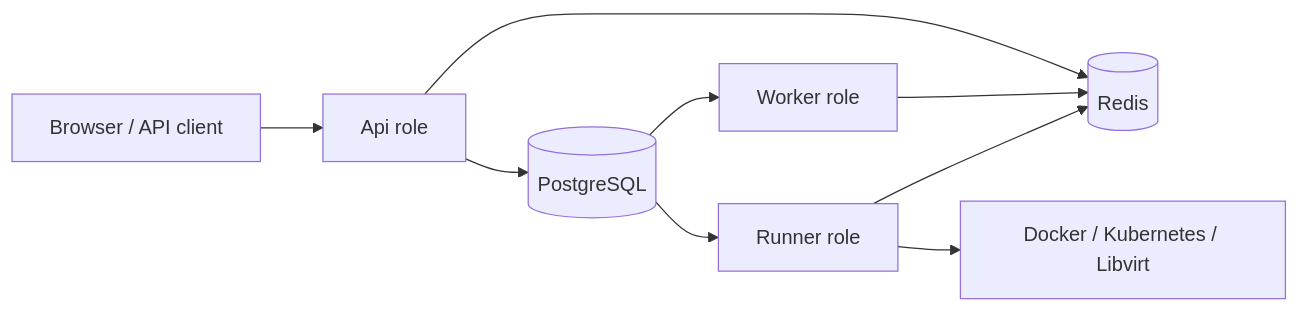
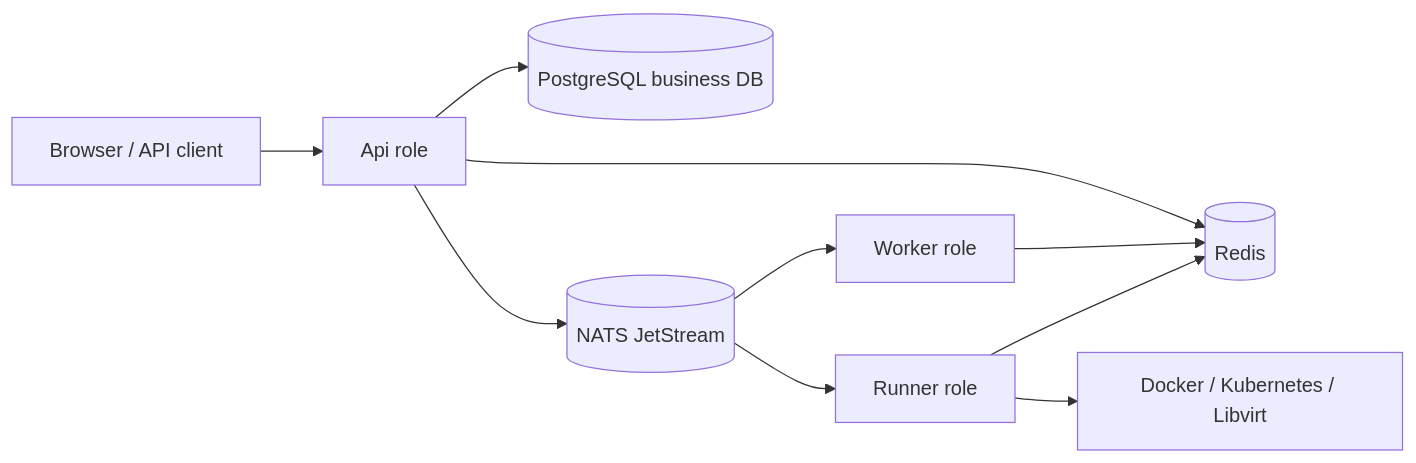
One commit to D1no209/NoCTF changed the diagram in README.md. Above: the diagram before and after it, drawn with Mermaid. The commit also changed other lines of this file and 28 other files, not shown here.

Commit message:
migrate Wolverine durable messaging to NATS JetStream

````diff
--- a/README.md
+++ b/README.md
@@ -24,11 +24,12 @@
 ```mermaid
 flowchart LR
     Browser["Browser / API client"] --> API["Api role"]
-    API --> PostgreSQL[("PostgreSQL")]
+    API --> PostgreSQL[("PostgreSQL business DB")]
+    API --> NATS[("NATS JetStream")]
     API --> Redis[("Redis")]
-    PostgreSQL --> Worker["Worker role"]
-    PostgreSQL --> Runner["Runner role"]
+    NATS --> Worker["Worker role"]
+    NATS --> Runner["Runner role"]
     Worker --> Redis
     Runner --> Redis
     Runner --> Providers["Docker / Kubernetes / Libvirt"]
 ```
````
